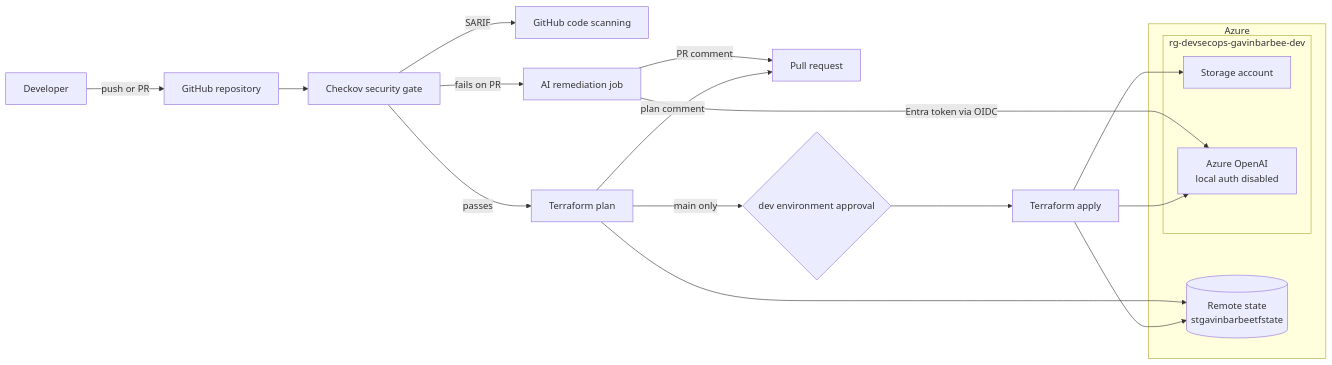
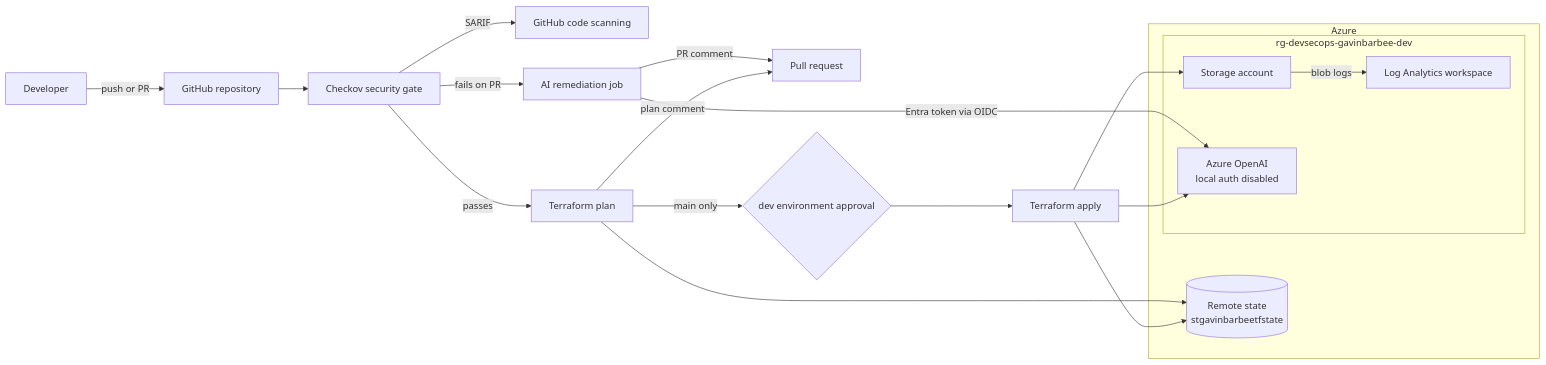
One commit to gavinbarbee/azure-terraform-devsecops-pipeline changed the diagram in README.md. Above: the diagram before and after it, drawn with Mermaid. The commit also changed other lines of this file and 19 other files, not shown here.

````diff
--- a/README.md
+++ b/README.md
@@ -32,26 +33,28 @@
 ```mermaid
 flowchart LR
     dev[Developer] -->|push or PR| gh[GitHub repository]
     gh --> scan[Checkov security gate]
     scan -->|SARIF| cs[GitHub code scanning]
     scan -->|fails on PR| ai[AI remediation job]
     ai -->|PR comment| pr[Pull request]
     scan -->|passes| plan[Terraform plan]
     plan -->|plan comment| pr
     plan -->|main only| approve{dev environment approval}
     approve --> apply[Terraform apply]
 
     subgraph Azure
         state[(Remote state<br/>stgavinbarbeetfstate)]
         subgraph rg[rg-devsecops-gavinbarbee-dev]
             st[Storage account]
+            law[Log Analytics workspace]
             aoai[Azure OpenAI<br/>local auth disabled]
         end
     end
 
     ai -->|Entra token via OIDC| aoai
     plan --> state
     apply --> state
     apply --> st
     apply --> aoai
+    st -->|blob logs| law
 ```
````
